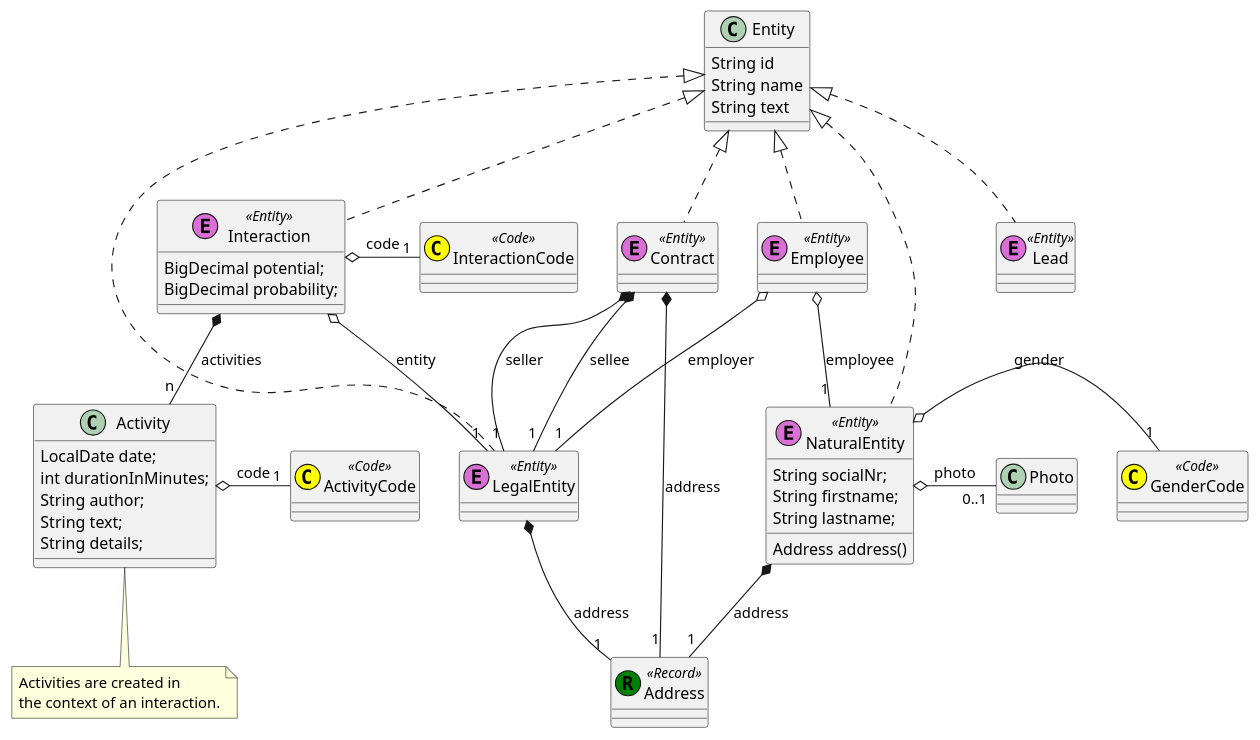
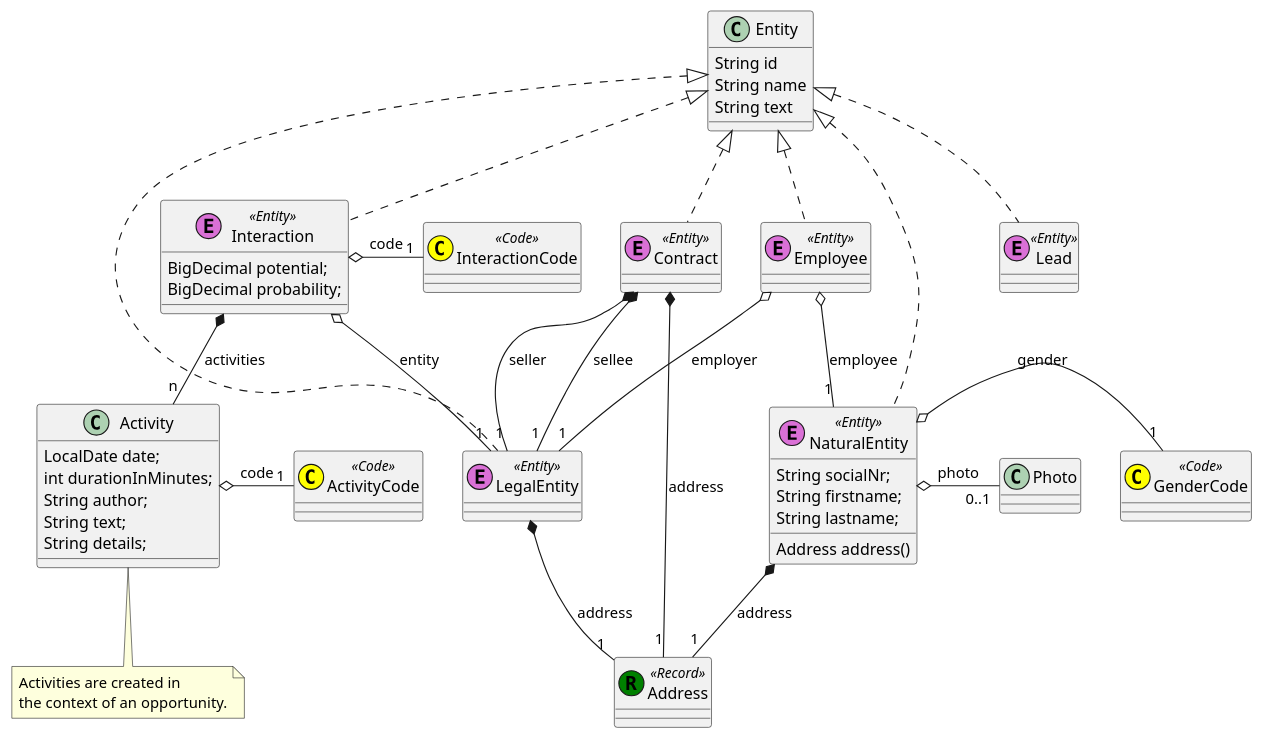
Before and after one commit to tangly-team/tangly-os: the diagram in net.tangly.erp.crm/src/site/models.adoc, drawn with PlantUML. The commit also changed other lines of this file and 36 other files, not shown here.

Commit message:
refactor - rename Interaction to Opportunity to follow CRM ubiquous language.

```diff
--- a/net.tangly.erp.crm/src/site/models.adoc
+++ b/net.tangly.erp.crm/src/site/models.adoc
@@ -78,76 +78,76 @@
 [plantuml,crm-model-uml,svg]
 ....
 @startuml
 
 class GenderCode <<(C, yellow) Code>> {}
 class ActivityCode <<(C, yellow) Code>> {}
 class InteractionCode <<(C, yellow) Code>> {}
 
 class Address <<(R, green) Record>> {}
 
 class Entity {
     String id
     String name
     String text
 }
 
 class Lead <<(E,orchid) Entity>> {
 }
 
 Entity <|.. Lead
 
 class LegalEntity <<(E,orchid) Entity>> {
 }
 Entity <|.. LegalEntity
 LegalEntity *-- "1" Address : address
 
 
 class NaturalEntity <<(E,orchid) Entity>> {
     String socialNr;
     String firstname;
     String lastname;
     Address address()
 }
 Entity <|.. NaturalEntity
 NaturalEntity o- "0..1" Photo : photo
 NaturalEntity o- "1" GenderCode : gender
 NaturalEntity *- "1" Address : address
 
 class Employee <<(E,orchid) Entity>> {
 }
 Entity <|.. Employee
 Employee o-- "1" NaturalEntity : employee
 Employee o-- "1" LegalEntity : employer
 
 class Activity {
     LocalDate date;
     int durationInMinutes;
     String author;
     String text;
     String details;
 }
 Activity o- "1" ActivityCode : code
 
 Note bottom of Activity
     Activities are created in
-    the context of an interaction.
+    the context of an opportunity.
 end note
 
 class Interaction <<(E,orchid) Entity>> {
     BigDecimal potential;
     BigDecimal probability;
 }
 Entity <|.. Interaction
 Interaction o-- "1" LegalEntity : entity
 Interaction *-- "n" Activity : activities
 Interaction o- "1" InteractionCode : code
 
 class Contract <<(E,orchid) Entity>> {
 }
 Entity <|.. Contract
 Contract *-- "1" LegalEntity : seller
 Contract *-- "1" LegalEntity : sellee
 Contract *-- "1" Address : address
 
 @enduml
 ....
```
